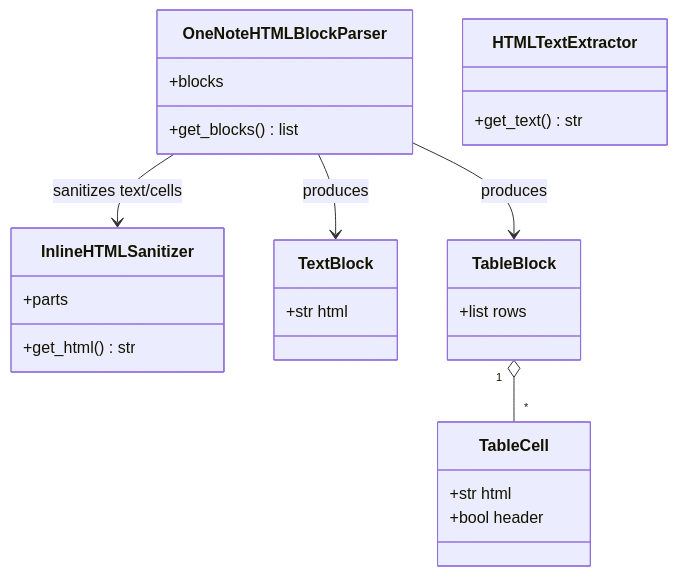
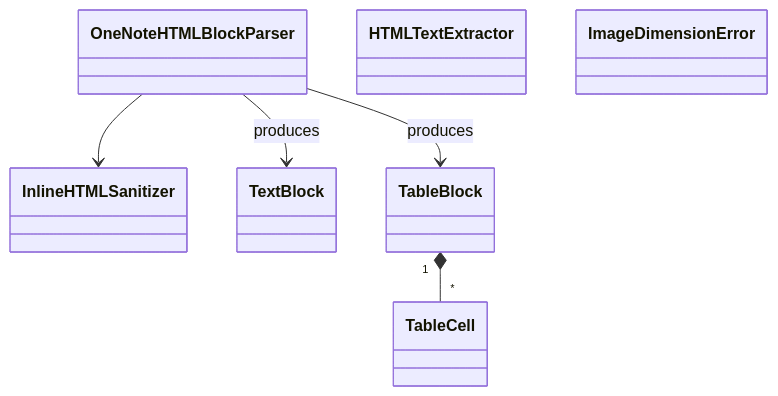
Before and after one commit to Kaomsos/onenote-com-mcp: the fourth of 6 diagrams in docs/design/architecture.md, drawn with Mermaid. The commit also changed other lines of this file and 3 other files, not shown here.

Commit message:
docs: describe layered service architecture

````diff
--- a/docs/design/architecture.md
+++ b/docs/design/architecture.md
@@ -196,29 +246,15 @@
 ```mermaid
 classDiagram
-    class InlineHTMLSanitizer {
-        +parts
-        +get_html() str
-    }
-    class OneNoteHTMLBlockParser {
-        +blocks
-        +get_blocks() list
-    }
-    class HTMLTextExtractor {
-        +get_text() str
-    }
-    class TextBlock {
-        +str html
-    }
-    class TableCell {
-        +str html
-        +bool header
-    }
-    class TableBlock {
-        +list rows
-    }
+    class InlineHTMLSanitizer
+    class OneNoteHTMLBlockParser
+    class HTMLTextExtractor
+    class TextBlock
+    class TableCell
+    class TableBlock
+    class ImageDimensionError
 
-    OneNoteHTMLBlockParser --> InlineHTMLSanitizer : sanitizes text/cells
+    OneNoteHTMLBlockParser --> InlineHTMLSanitizer
     OneNoteHTMLBlockParser --> TextBlock : produces
     OneNoteHTMLBlockParser --> TableBlock : produces
-    TableBlock "1" o-- "*" TableCell
+    TableBlock "1" *-- "*" TableCell
 ```
````
